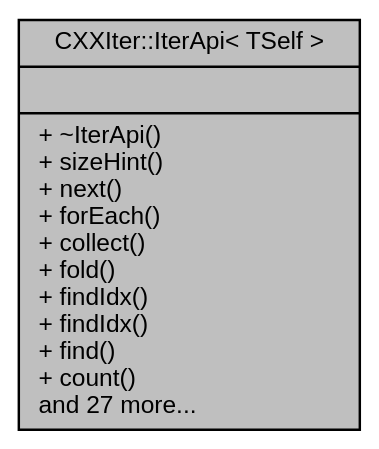
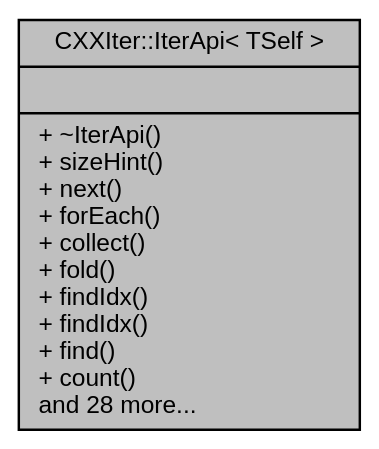
One commit to seijikun/CXXIter changed the diagram in classCXXIter_1_1IterApi__coll__graph.dot. Above: the diagram before and after it, drawn with Graphviz. The commit also changed 50 other files, not shown here.

```diff
--- a/classCXXIter_1_1IterApi__coll__graph.dot
+++ b/classCXXIter_1_1IterApi__coll__graph.dot
@@ -1,9 +1,9 @@
 digraph "CXXIter::IterApi&lt; TSelf &gt;"
 {
  // INTERACTIVE_SVG=YES
  // LATEX_PDF_SIZE
   bgcolor="transparent";
   edge [fontname="Helvetica",fontsize="10",labelfontname="Helvetica",labelfontsize="10"];
   node [fontname="Helvetica",fontsize="10",shape=record];
-  Node1 [label="{CXXIter::IterApi\< TSelf \>\n||+ ~IterApi()\l+ sizeHint()\l+ next()\l+ forEach()\l+ collect()\l+ fold()\l+ findIdx()\l+ findIdx()\l+ find()\l+ count()\land 27 more...\l}",height=0.2,width=0.4,color="black", fillcolor="grey75", style="filled", fontcolor="black",tooltip="Public Iterator API surface."];
+  Node1 [label="{CXXIter::IterApi\< TSelf \>\n||+ ~IterApi()\l+ sizeHint()\l+ next()\l+ forEach()\l+ collect()\l+ fold()\l+ findIdx()\l+ findIdx()\l+ find()\l+ count()\land 28 more...\l}",height=0.2,width=0.4,color="black", fillcolor="grey75", style="filled", fontcolor="black",tooltip="Public Iterator API surface."];
 }
```
